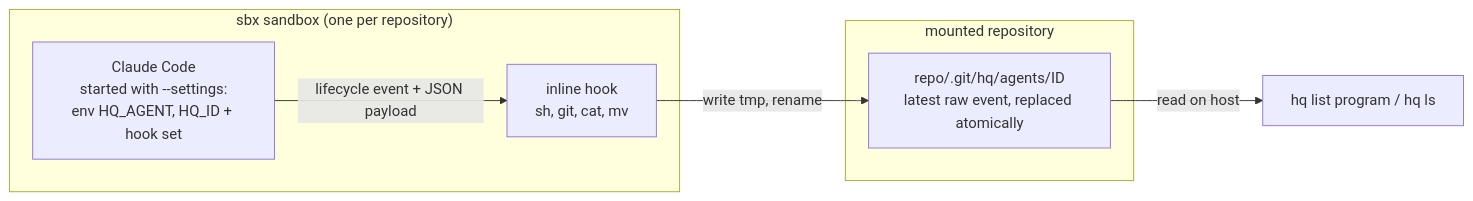
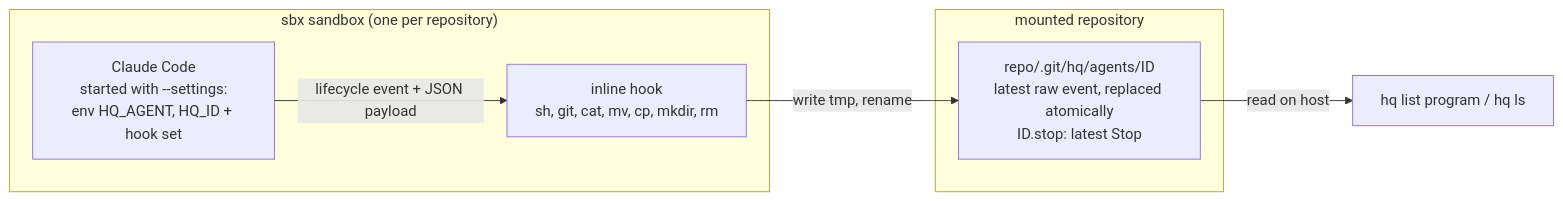
One commit to rkrysinski/hq changed the second of 4 diagrams in docs/design/hq.md. Above: the diagram before and after it, drawn with Mermaid. The commit also changed other lines of this file and 25 other files, not shown here.

````diff
--- a/docs/design/hq.md
+++ b/docs/design/hq.md
@@ -78,13 +78,13 @@
 ```mermaid
 flowchart LR
     subgraph SB["sbx sandbox (one per repository)"]
         C["Claude Code<br/>started with --settings:<br/>env HQ_AGENT, HQ_ID + hook set"]
-        K["inline hook<br/>sh, git, cat, mv"]
+        K["inline hook<br/>sh, git, cat, mv, cp, mkdir, rm"]
         C -- "lifecycle event + JSON payload" --> K
     end
     subgraph RP["mounted repository"]
-        F["repo/.git/hq/agents/ID<br/>latest raw event, replaced atomically"]
+        F["repo/.git/hq/agents/ID<br/>latest raw event, replaced atomically<br/>ID.stop: latest Stop"]
     end
     K -- "write tmp, rename" --> F
     F -- "read on host" --> LP["hq list program / hq ls"]
 ```
````
